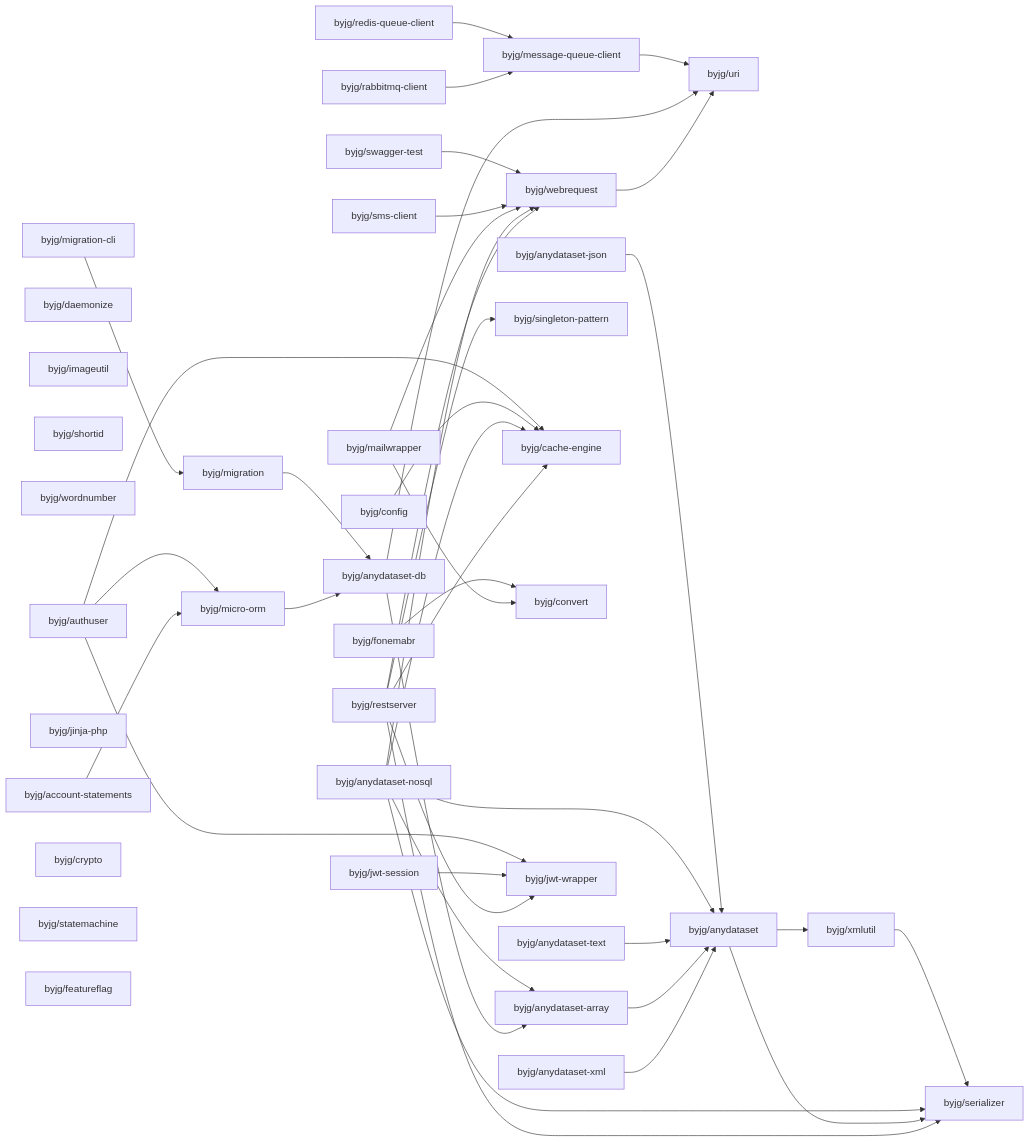
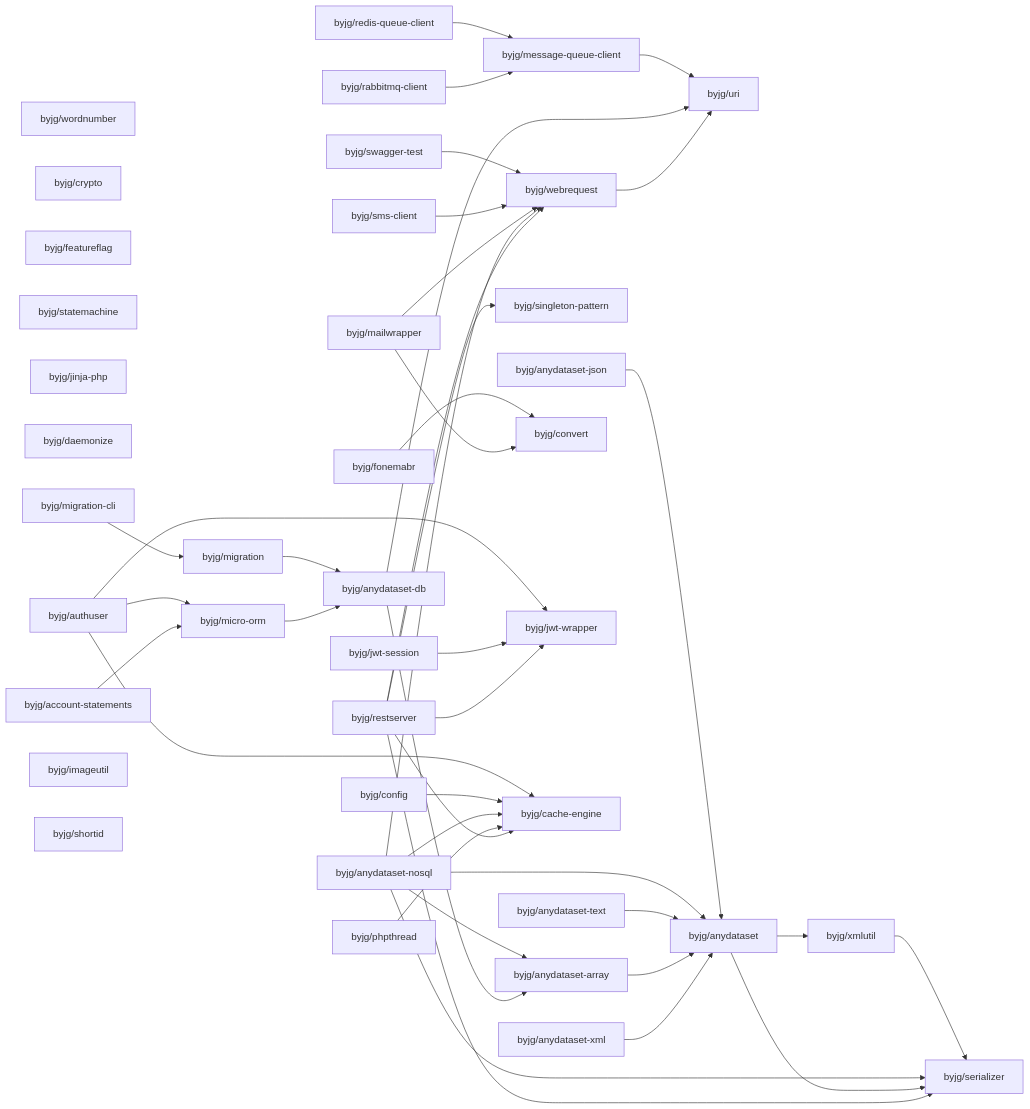
Before and after one commit to byjg/byjg.github.io: the diagram in docs/php/README.md, drawn with Mermaid. The commit also changed 1 other file, not shown here.

Commit message:
Update documentation 'php' 'php-phpthread'

````diff
--- a/docs/php/README.md
+++ b/docs/php/README.md
@@ -3,78 +3,80 @@
 ```mermaid
 graph LR;
-  byjg/account-statements;
-  byjg/anydataset-text;
-  byjg/anydataset-json;
-  byjg/fonemabr;
-  byjg/daemonize;
-  byjg/rabbitmq-client;
-  byjg/redis-queue-client;
-  byjg/restserver;
-  byjg/anydataset-nosql;
-  byjg/swagger-test;
-  byjg/imageutil;
-  byjg/shortid;
   byjg/wordnumber;
-  byjg/migration-cli;
-  byjg/sms-client;
-  byjg/jinja-php;
-  byjg/config;
-  byjg/authuser;
   byjg/crypto;
-  byjg/anydataset-xml;
+  byjg/featureflag;
   byjg/mailwrapper;
   byjg/statemachine;
   byjg/jwt-session;
-  byjg/featureflag;
+  byjg/restserver;
+  byjg/jinja-php;
+  byjg/redis-queue-client;
+  byjg/rabbitmq-client;
+  byjg/swagger-test;
+  byjg/phpthread;
+  byjg/anydataset-nosql;
+  byjg/fonemabr;
+  byjg/anydataset-text;
+  byjg/daemonize;
+  byjg/anydataset-xml;
+  byjg/authuser;
+  byjg/anydataset-json;
+  byjg/account-statements;
+  byjg/config;
+  byjg/migration-cli;
+  byjg/sms-client;
+  byjg/imageutil;
+  byjg/shortid;
+  byjg/singleton-pattern;
   byjg/message-queue-client;
-  byjg/singleton-pattern;
-  byjg/migration;
+  byjg/convert;
+  byjg/jwt-wrapper;
   byjg/micro-orm;
   byjg/cache-engine;
-  byjg/convert;
+  byjg/migration;
   byjg/webrequest;
-  byjg/jwt-wrapper;
   byjg/anydataset-db;
   byjg/anydataset-array;
   byjg/uri;
   byjg/anydataset;
   byjg/xmlutil;
   byjg/serializer;
   byjg/migration --> byjg/anydataset-db;
   byjg/fonemabr --> byjg/convert;
   byjg/swagger-test --> byjg/webrequest;
   byjg/authuser --> byjg/micro-orm;
   byjg/authuser --> byjg/cache-engine;
   byjg/authuser --> byjg/jwt-wrapper;
   byjg/config --> byjg/cache-engine;
   byjg/message-queue-client --> byjg/uri;
   byjg/sms-client --> byjg/webrequest;
   byjg/xmlutil --> byjg/serializer;
   byjg/anydataset-json --> byjg/anydataset;
   byjg/mailwrapper --> byjg/convert;
   byjg/mailwrapper --> byjg/webrequest;
   byjg/anydataset-nosql --> byjg/anydataset;
   byjg/anydataset-nosql --> byjg/anydataset-array;
   byjg/anydataset-nosql --> byjg/serializer;
   byjg/anydataset-nosql --> byjg/webrequest;
   byjg/anydataset-nosql --> byjg/cache-engine;
   byjg/migration-cli --> byjg/migration;
   byjg/redis-queue-client --> byjg/message-queue-client;
   byjg/jwt-session --> byjg/jwt-wrapper;
   byjg/anydataset --> byjg/serializer;
   byjg/anydataset --> byjg/xmlutil;
   byjg/anydataset-db --> byjg/anydataset-array;
   byjg/anydataset-db --> byjg/uri;
+  byjg/phpthread --> byjg/cache-engine;
   byjg/anydataset-text --> byjg/anydataset;
   byjg/restserver --> byjg/serializer;
   byjg/restserver --> byjg/singleton-pattern;
   byjg/restserver --> byjg/cache-engine;
   byjg/restserver --> byjg/webrequest;
   byjg/restserver --> byjg/jwt-wrapper;
   byjg/account-statements --> byjg/micro-orm;
   byjg/webrequest --> byjg/uri;
   byjg/micro-orm --> byjg/anydataset-db;
   byjg/anydataset-array --> byjg/anydataset;
   byjg/anydataset-xml --> byjg/anydataset;
   byjg/rabbitmq-client --> byjg/message-queue-client;
 ```
````
